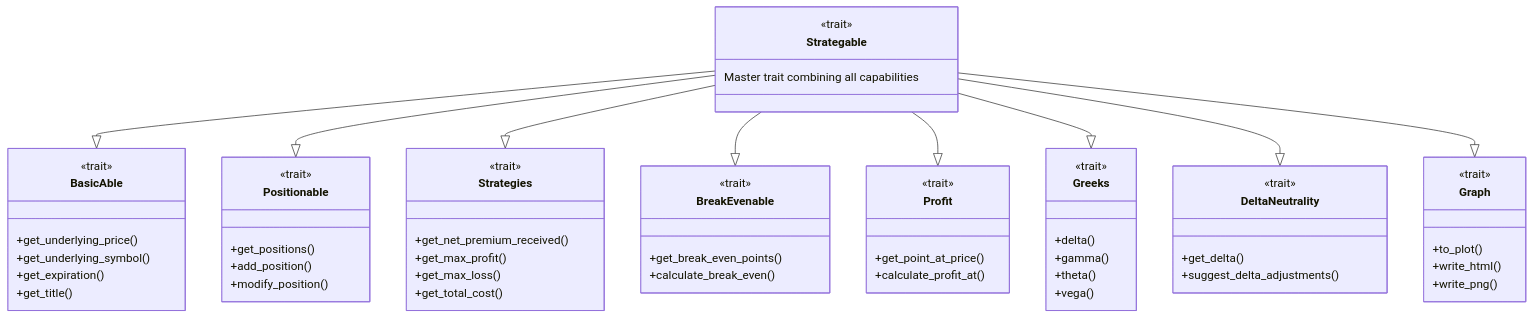
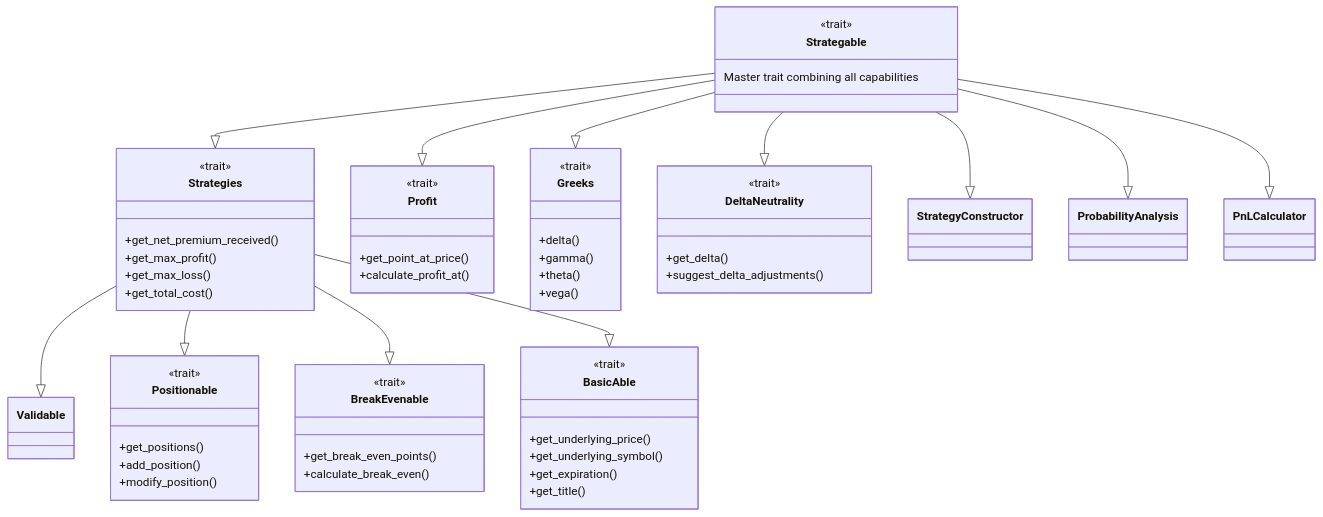
One commit to joaquinbejar/OptionStratLib changed the fifth of 7 diagrams in README.md. Above: the diagram before and after it, drawn with Mermaid. The commit also changed other lines of this file and 11 other files, not shown here.

````diff
--- a/README.md
+++ b/README.md
@@ -691,72 +691,68 @@
 ```mermaid
 classDiagram
     class Strategable {
         <<trait>>
         Master trait combining all capabilities
     }
 
     class BasicAble {
         <<trait>>
         +get_underlying_price()
         +get_underlying_symbol()
         +get_expiration()
         +get_title()
     }
 
     class Positionable {
         <<trait>>
         +get_positions()
         +add_position()
         +modify_position()
     }
 
     class Strategies {
         <<trait>>
         +get_net_premium_received()
         +get_max_profit()
         +get_max_loss()
         +get_total_cost()
     }
 
     class BreakEvenable {
         <<trait>>
         +get_break_even_points()
         +calculate_break_even()
     }
 
     class Profit {
         <<trait>>
         +get_point_at_price()
         +calculate_profit_at()
     }
 
     class Greeks {
         <<trait>>
         +delta()
         +gamma()
         +theta()
         +vega()
     }
 
     class DeltaNeutrality {
         <<trait>>
         +get_delta()
         +suggest_delta_adjustments()
     }
 
-    class Graph {
-        <<trait>>
-        +to_plot()
-        +write_html()
-        +write_png()
-    }
-
-    Strategable --|> BasicAble
-    Strategable --|> Positionable
     Strategable --|> Strategies
-    Strategable --|> BreakEvenable
+    Strategable --|> StrategyConstructor
     Strategable --|> Profit
+    Strategable --|> ProbabilityAnalysis
     Strategable --|> Greeks
     Strategable --|> DeltaNeutrality
-    Strategable --|> Graph
+    Strategable --|> PnLCalculator
+    Strategies --|> Validable
+    Strategies --|> Positionable
+    Strategies --|> BreakEvenable
+    Strategies --|> BasicAble
 ```
````
